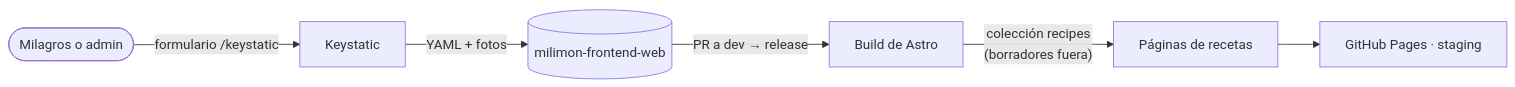
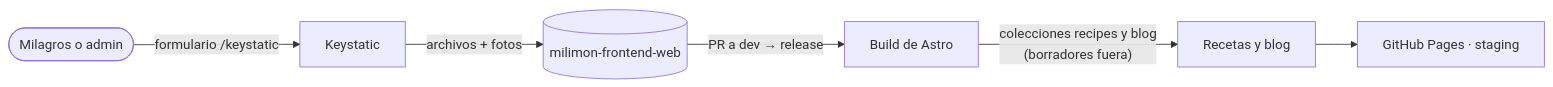
One commit to inzumer/milimon-docs changed the diagram in src/content/docs/como-funciona/contenido-y-recetas.md. Above: the diagram before and after it, drawn with Mermaid. The commit also changed other lines of this file, not shown here.

Commit message:
docs: blog articles in Keystatic and the milicitos component

````diff
--- a/src/content/docs/como-funciona/contenido-y-recetas.md
+++ b/src/content/docs/como-funciona/contenido-y-recetas.md
@@ -12,8 +16,8 @@
 ```mermaid
 flowchart LR
   editora([Milagros o admin]) -- "formulario /keystatic" --> ks[Keystatic]
-  ks -- "YAML + fotos" --> repo[(milimon-frontend-web)]
+  ks -- "archivos + fotos" --> repo[(milimon-frontend-web)]
   repo -- "PR a dev → release" --> build[Build de Astro]
-  build -- "colección recipes<br/>(borradores fuera)" --> paginas[Páginas de recetas]
+  build -- "colecciones recipes y blog<br/>(borradores fuera)" --> paginas[Recetas y blog]
   paginas --> pages[GitHub Pages · staging]
 ```
````
